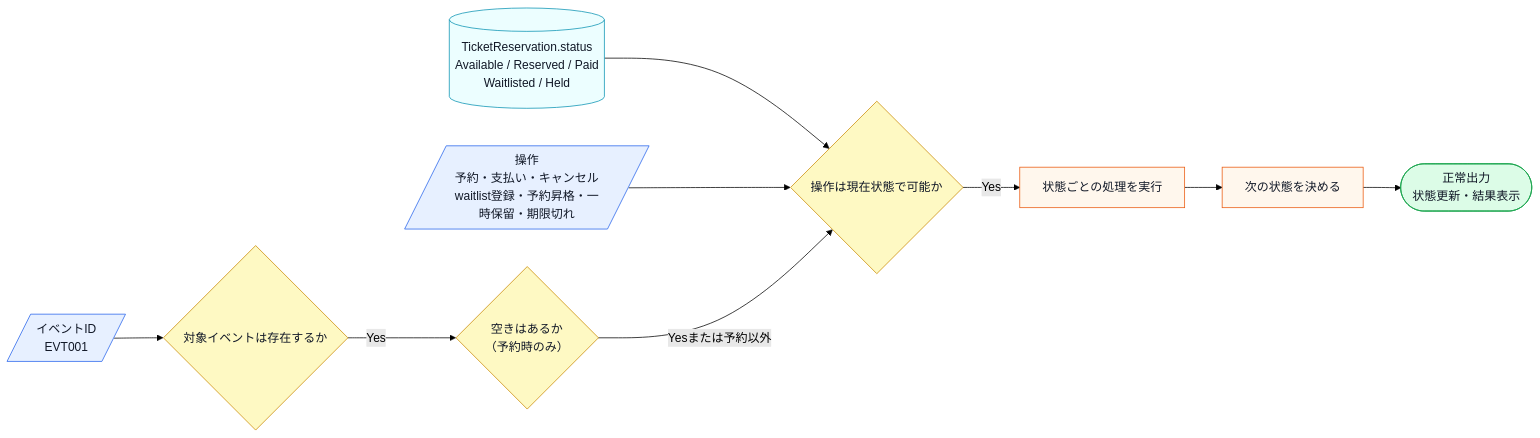
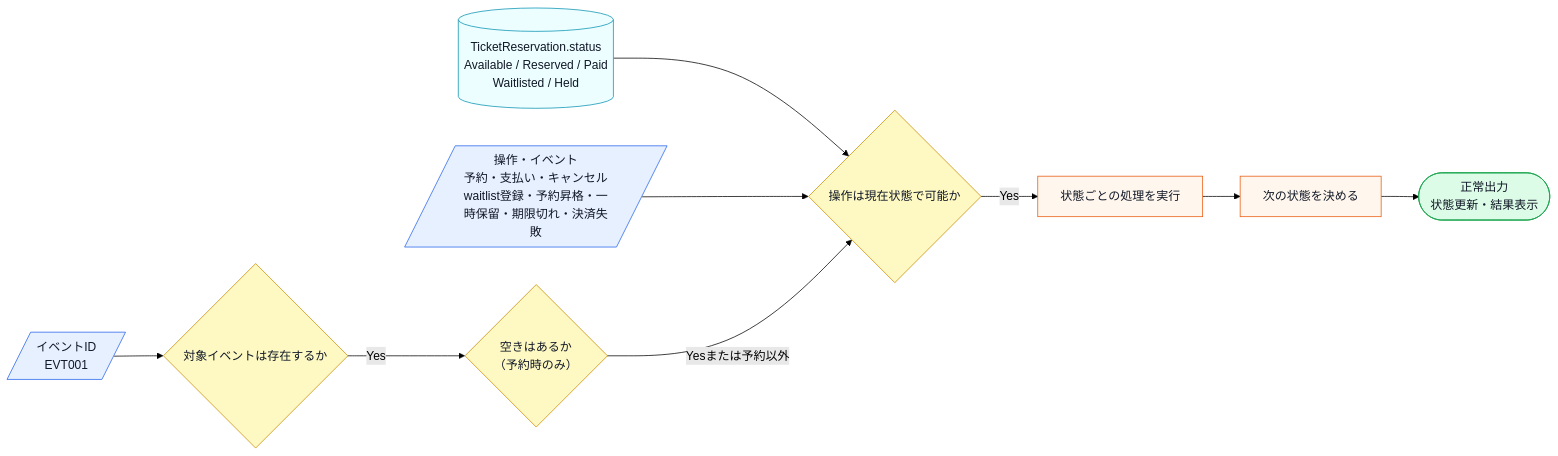
One commit to kumachan1101-pixel/DesignPattern changed the seventh of 12 diagrams in kindle/design-patterns/output/chapter03.md. Above: the diagram before and after it, drawn with Mermaid (forest theme). The commit also changed other lines of this file and 1 other file, not shown here.

````diff
--- a/kindle/design-patterns/output/chapter03.md
+++ b/kindle/design-patterns/output/chapter03.md
@@ -501,17 +515,17 @@
 ```mermaid
 flowchart LR
     A[(TicketReservation.status<br>Available / Reserved / Paid<br>Waitlisted / Held)]:::data --> B{操作は現在状態で可能か}:::decision
-    C[/操作<br>予約・支払い・キャンセル<br>waitlist登録・予約昇格・一時保留・期限切れ/]:::input --> B
+    C[/操作・イベント<br>予約・支払い・キャンセル<br>waitlist登録・予約昇格・一時保留・期限切れ・決済失敗/]:::input --> B
     D[/イベントID<br>EVT001/]:::input --> E{対象イベントは存在するか}:::decision
     E -->|Yes| K{空きはあるか<br>（予約時のみ）}:::decision
     K -->|Yesまたは予約以外| B
     B -->|Yes| F[状態ごとの処理を実行]:::process
     F --> G[次の状態を決める]:::process
     G --> H([正常出力<br>状態更新・結果表示]):::normal
 
     classDef data fill:#ecfeff,stroke:#0891b2,color:#111827;
     classDef input fill:#e7f0ff,stroke:#2563eb,color:#111827;
     classDef process fill:#fff7ed,stroke:#ea580c,color:#111827;
     classDef decision fill:#fef9c3,stroke:#ca8a04,color:#111827;
     classDef normal fill:#dcfce7,stroke:#16a34a,color:#111827;
 ```
````
